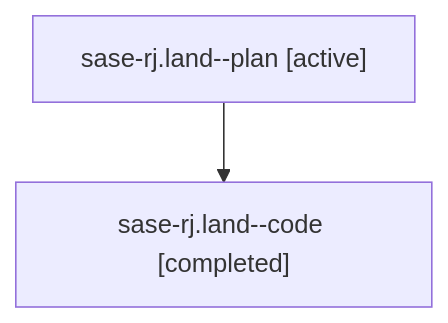
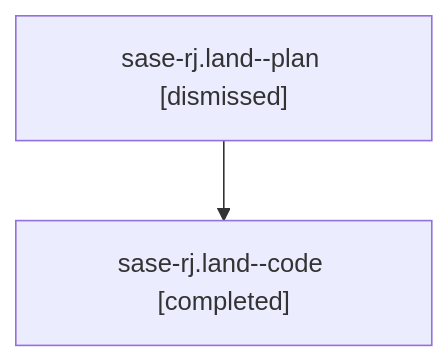
Before and after one commit to sase-org/sase--agents: the diagram in sessions/bbugyi200.athena.sase-rj.land.md, drawn with Mermaid. The commit also changed other lines of this file and 159 other files, not shown here.

````diff
--- a/sessions/bbugyi200.athena.sase-rj.land.md
+++ b/sessions/bbugyi200.athena.sase-rj.land.md
@@ -9,6 +9,6 @@
 ```mermaid
 flowchart TD
-  n0["sase-rj.land--plan [active]"]
+  n0["sase-rj.land--plan [dismissed]"]
   n1["sase-rj.land--code [completed]"]
   n0 --> n1
 ```
````
